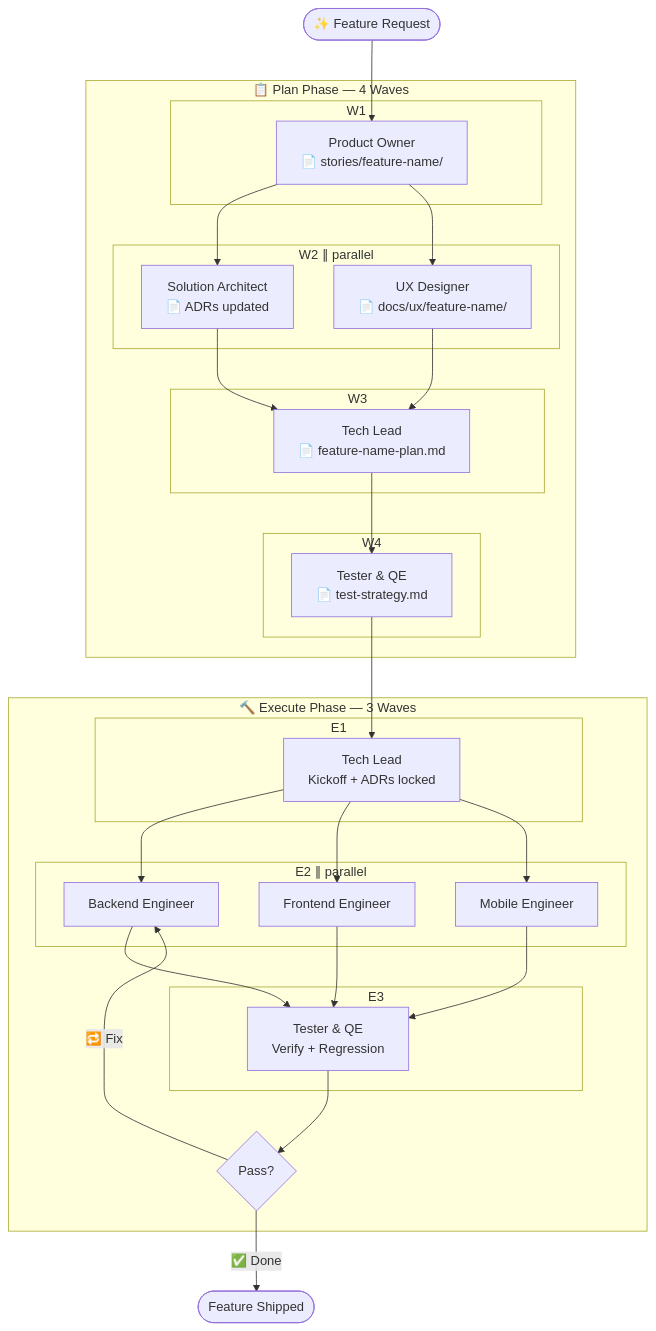
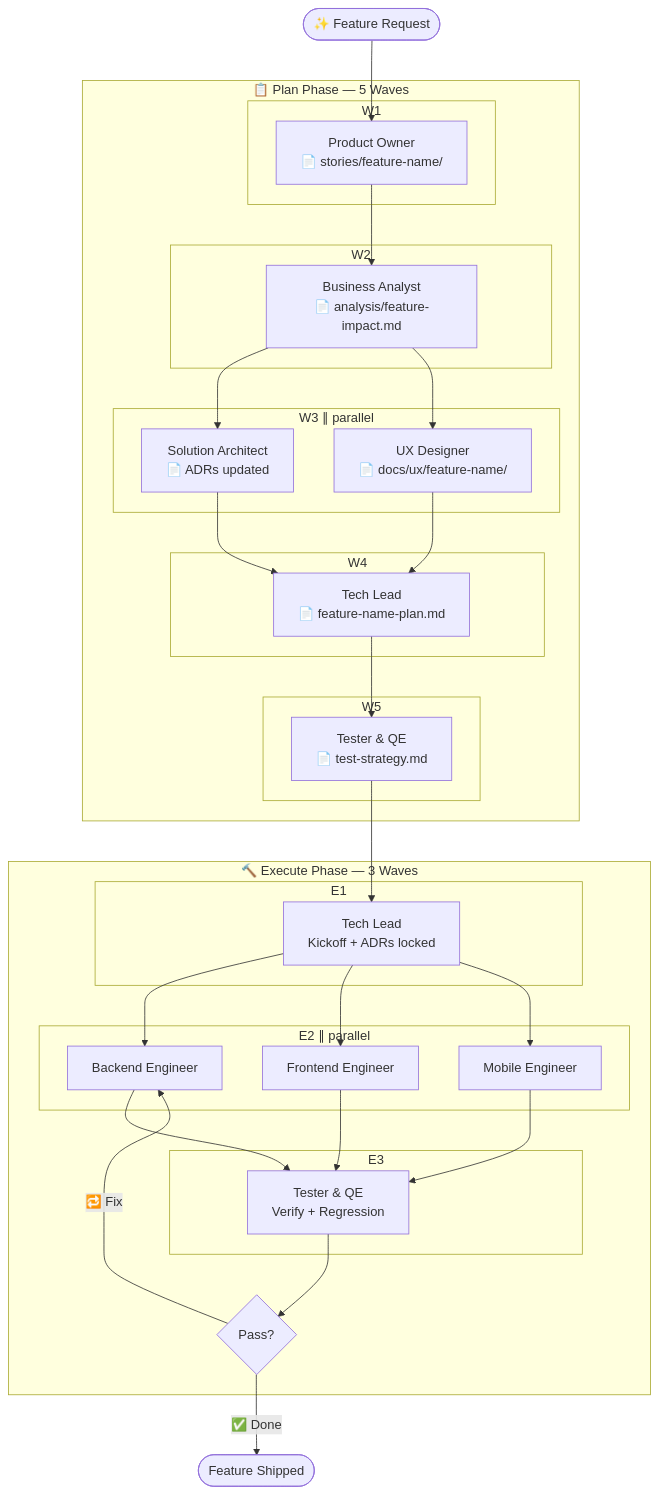
The second of 5 diagrams in bmad-sdlc-agents/README.md (simbataisa/agent-skill-plugin), drawn with Mermaid before and after one commit. The commit also changed other lines of this file and 13 other files, not shown here.

````diff
--- a/bmad-sdlc-agents/README.md
+++ b/bmad-sdlc-agents/README.md
@@ -1834,46 +1864,50 @@
 ```mermaid
 flowchart TD
     START([✨ Feature Request]) --> PO
 
-    subgraph PLAN["📋 Plan Phase — 4 Waves"]
+    subgraph PLAN["📋 Plan Phase — 5 Waves"]
         subgraph W1["W1"]
             PO["Product Owner\n📄 stories/feature-name/"]
         end
-        subgraph W2["W2 ∥ parallel"]
+        subgraph W2["W2"]
+            BA["Business Analyst\n📄 analysis/feature-impact.md"]
+        end
+        subgraph W3["W3 ∥ parallel"]
             SA["Solution Architect\n📄 ADRs updated"]
             UX["UX Designer\n📄 docs/ux/feature-name/"]
         end
-        subgraph W3["W3"]
+        subgraph W4["W4"]
             TL_PLAN["Tech Lead\n📄 feature-name-plan.md"]
         end
-        subgraph W4["W4"]
+        subgraph W5["W5"]
             TQE_STRAT["Tester & QE\n📄 test-strategy.md"]
         end
 
-        PO --> SA & UX
+        PO --> BA
+        BA --> SA & UX
         SA & UX --> TL_PLAN --> TQE_STRAT
     end
 
     TQE_STRAT --> KICKOFF
 
     subgraph EXEC["🔨 Execute Phase — 3 Waves"]
         subgraph E1["E1"]
             KICKOFF["Tech Lead\nKickoff + ADRs locked"]
         end
         subgraph E2["E2 ∥ parallel"]
             BE["Backend Engineer"]
             FE["Frontend Engineer"]
             ME["Mobile Engineer"]
         end
         subgraph E3["E3"]
             TQE["Tester & QE\nVerify + Regression"]
         end
         PASS{Pass?}
 
         KICKOFF --> BE & FE & ME
         BE & FE & ME --> TQE --> PASS
         PASS -->|"🔁 Fix"| BE
     end
 
     PASS -->|"✅ Done"| DONE([Feature Shipped])
 ```
````
